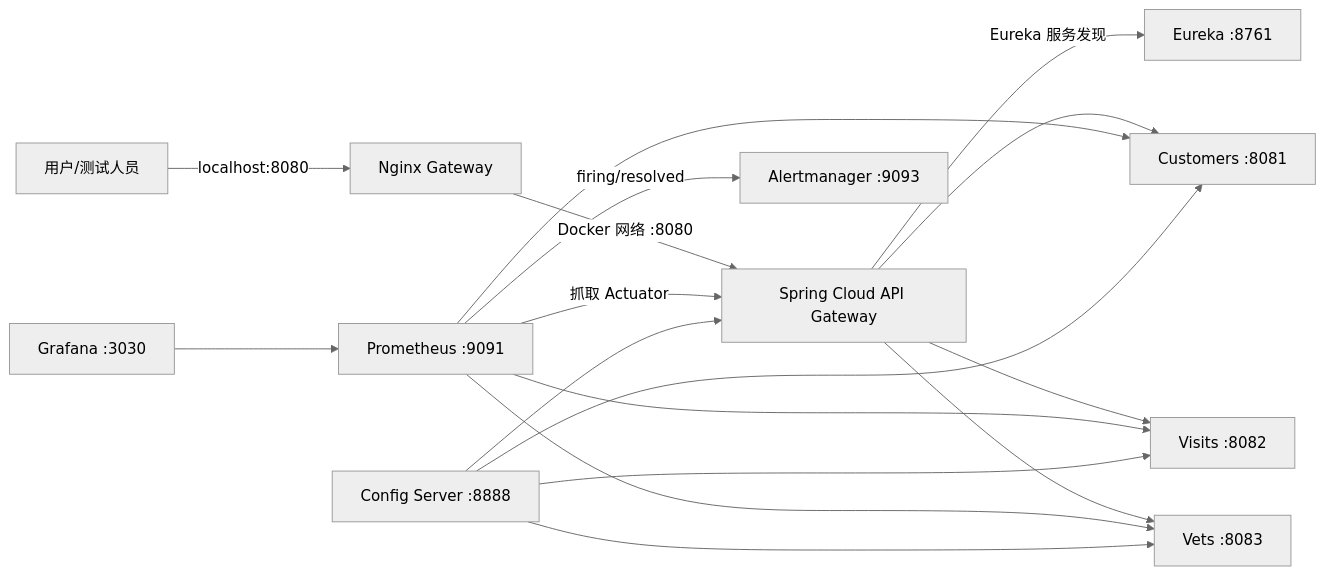
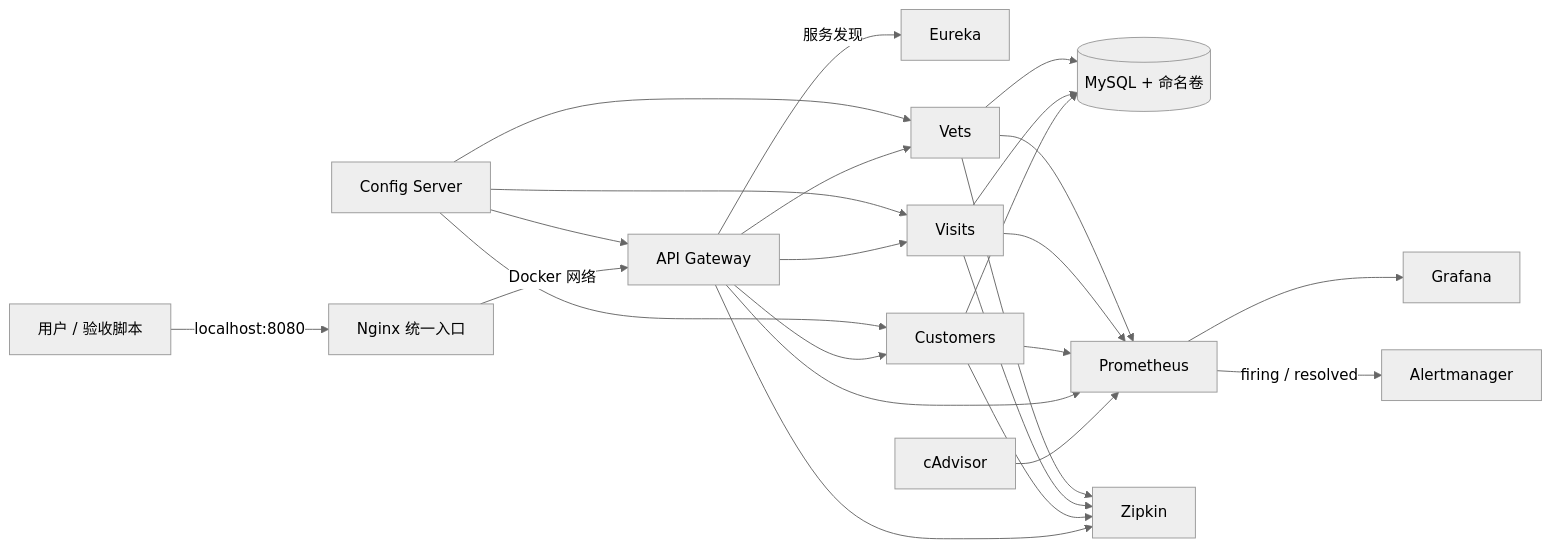
One commit to F1skhing/spring-petclinic-microservices changed the diagram in docs/operations/README.md. Above: the diagram before and after it, drawn with Mermaid (neutral theme). The commit also changed other lines of this file and 4 other files, not shown here.

````diff
--- a/docs/operations/README.md
+++ b/docs/operations/README.md
@@ -13,21 +17,31 @@
 ```mermaid
 flowchart LR
-    User[用户/测试人员] -->|localhost:8080| Nginx[Nginx Gateway]
-    Nginx -->|Docker 网络 :8080| Gateway[Spring Cloud API Gateway]
-    Gateway -->|Eureka 服务发现| Eureka[Eureka :8761]
-    Gateway --> Customers[Customers :8081]
-    Gateway --> Visits[Visits :8082]
-    Gateway --> Vets[Vets :8083]
+    User[用户 / 验收脚本] -->|localhost:8080| Nginx[Nginx 统一入口]
+    Nginx -->|Docker 网络| Gateway[API Gateway]
+    Gateway -->|服务发现| Eureka[Eureka]
+    Gateway --> Customers[Customers]
+    Gateway --> Visits[Visits]
+    Gateway --> Vets[Vets]
 
-    Prometheus[Prometheus :9091] -->|抓取 Actuator| Gateway
-    Prometheus --> Customers
-    Prometheus --> Visits
-    Prometheus --> Vets
-    Prometheus -->|firing/resolved| Alertmanager[Alertmanager :9093]
-    Grafana[Grafana :3030] --> Prometheus
+    Customers --> MySQL[(MySQL + 命名卷)]
+    Visits --> MySQL
+    Vets --> MySQL
 
-    Config[Config Server :8888] --> Gateway
+    Config[Config Server] --> Gateway
     Config --> Customers
     Config --> Visits
     Config --> Vets
+
+    cAdvisor[cAdvisor] --> Prometheus[Prometheus]
+    Gateway --> Prometheus
+    Customers --> Prometheus
+    Visits --> Prometheus
+    Vets --> Prometheus
+    Prometheus --> Grafana[Grafana]
+    Prometheus -->|firing / resolved| Alertmanager[Alertmanager]
+
+    Gateway --> Zipkin[Zipkin]
+    Customers --> Zipkin
+    Visits --> Zipkin
+    Vets --> Zipkin
 ```
````
